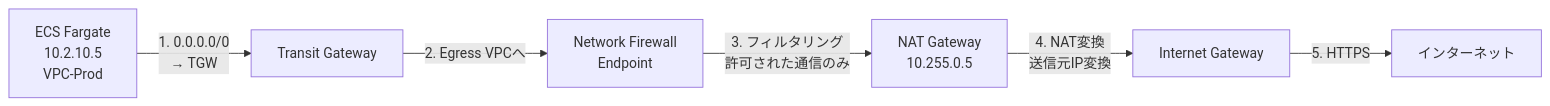
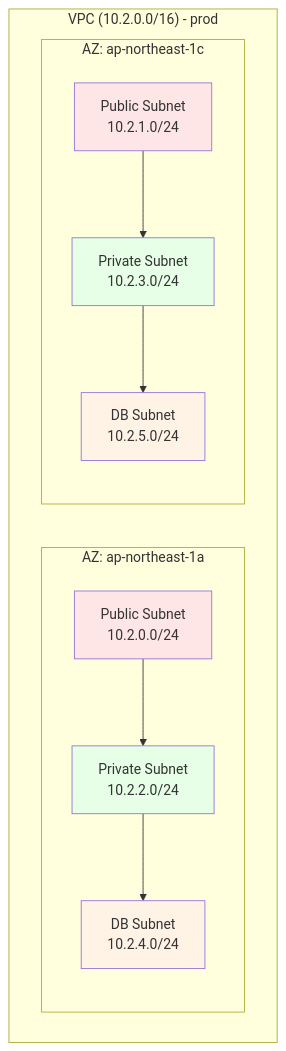
Before and after one commit to k-tanaka-522/Sample-AWS-SubAgent: the first of 3 diagrams in docs/03_基本設計/02_ネットワーク設計.md, drawn with Mermaid. The commit also changed other lines of this file and 187 other files, not shown here.

````diff
--- a/docs/03_基本設計/02_ネットワーク設計.md
+++ b/docs/03_基本設計/02_ネットワーク設計.md
@@ -242,15 +49,28 @@
 ```mermaid
-graph LR
-    ECS[ECS Fargate<br/>10.2.10.5<br/>VPC-Prod]
-    TGW[Transit Gateway]
-    NFWE[Network Firewall<br/>Endpoint]
-    NATGW[NAT Gateway<br/>10.255.0.5]
-    IGW[Internet Gateway]
-    Internet[インターネット]
+graph TB
+    subgraph VPC["VPC (10.2.0.0/16) - prod"]
+        subgraph AZ1["AZ: ap-northeast-1a"]
+            PublicSubnet1["Public Subnet<br/>10.2.0.0/24"]
+            PrivateSubnet1["Private Subnet<br/>10.2.2.0/24"]
+            DBSubnet1["DB Subnet<br/>10.2.4.0/24"]
+        end
 
-    ECS -->|1. 0.0.0.0/0<br/>→ TGW| TGW
-    TGW -->|2. Egress VPCへ| NFWE
-    NFWE -->|3. フィルタリング<br/>許可された通信のみ| NATGW
-    NATGW -->|4. NAT変換<br/>送信元IP変換| IGW
-    IGW -->|5. HTTPS| Internet
+        subgraph AZ2["AZ: ap-northeast-1c"]
+            PublicSubnet2["Public Subnet<br/>10.2.1.0/24"]
+            PrivateSubnet2["Private Subnet<br/>10.2.3.0/24"]
+            DBSubnet2["DB Subnet<br/>10.2.5.0/24"]
+        end
+
+        PublicSubnet1 --> PrivateSubnet1
+        PublicSubnet2 --> PrivateSubnet2
+        PrivateSubnet1 --> DBSubnet1
+        PrivateSubnet2 --> DBSubnet2
+    end
+
+    style PublicSubnet1 fill:#ffe6e6
+    style PublicSubnet2 fill:#ffe6e6
+    style PrivateSubnet1 fill:#e6ffe6
+    style PrivateSubnet2 fill:#e6ffe6
+    style DBSubnet1 fill:#fff3e6
+    style DBSubnet2 fill:#fff3e6
 ```
````
